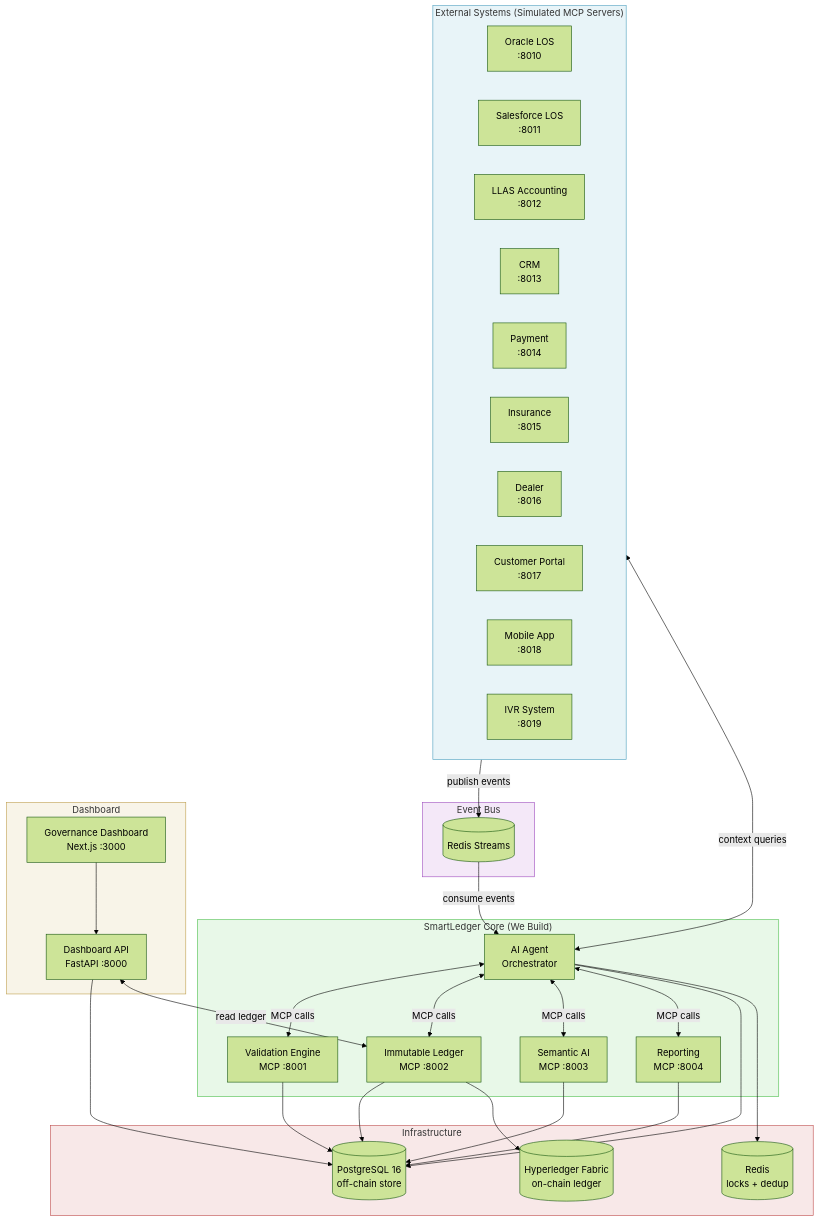
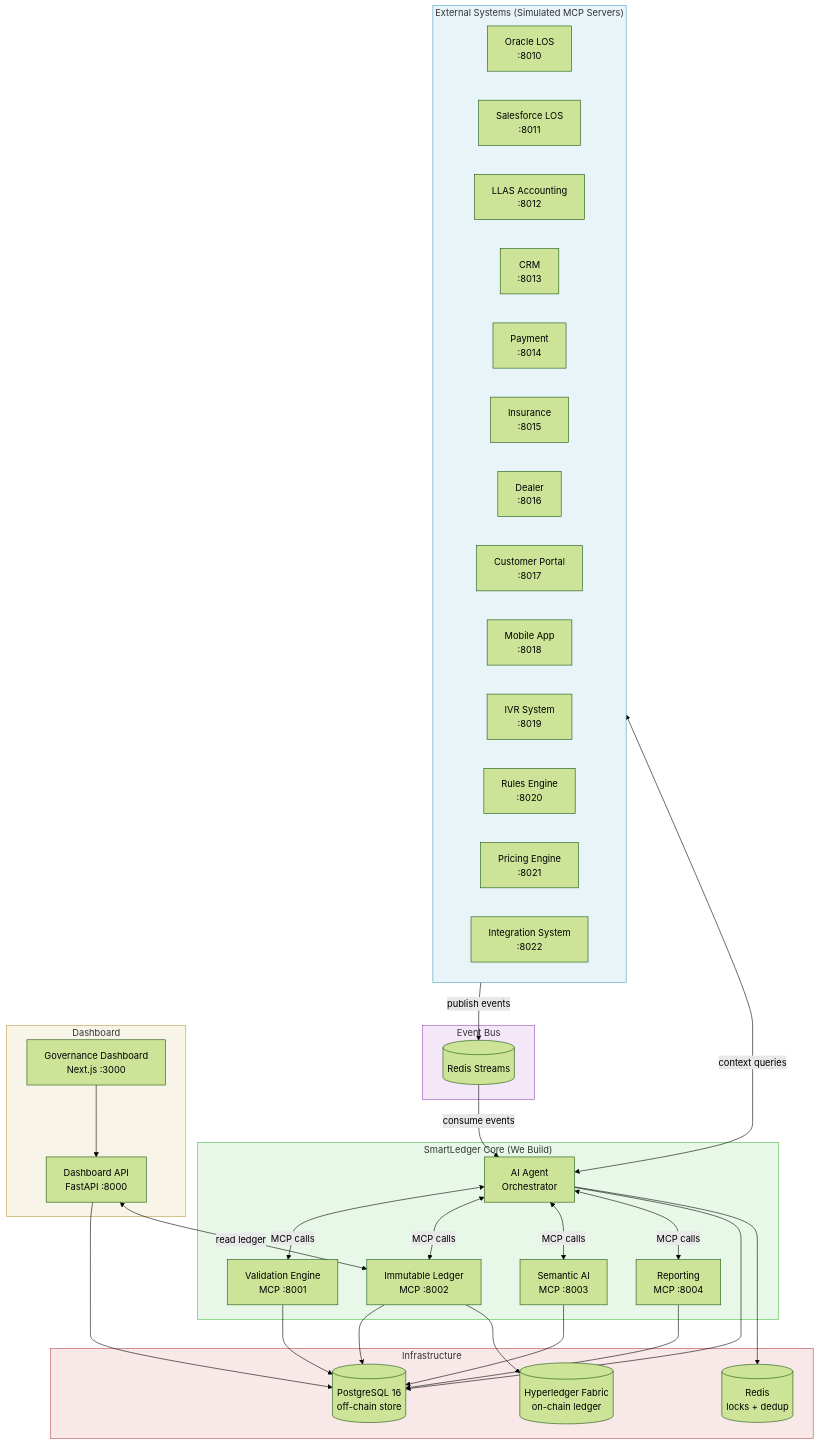
One commit to rame10566/smartledger changed the first of 10 diagrams in docs/ARCHITECTURE.md. Above: the diagram before and after it, drawn with Mermaid (forest theme). The commit also changed other lines of this file and 3 other files, not shown here.

````diff
--- a/docs/ARCHITECTURE.md
+++ b/docs/ARCHITECTURE.md
@@ -7,64 +7,67 @@
 ```mermaid
 graph TB
     subgraph EXTERNAL["External Systems (Simulated MCP Servers)"]
         OL[Oracle LOS<br/>:8010]
         SF[Salesforce LOS<br/>:8011]
         LL[LLAS Accounting<br/>:8012]
         CR[CRM<br/>:8013]
         PM[Payment<br/>:8014]
         IN[Insurance<br/>:8015]
         DE[Dealer<br/>:8016]
         CP[Customer Portal<br/>:8017]
         MA[Mobile App<br/>:8018]
         IV[IVR System<br/>:8019]
+        RU[Rules Engine<br/>:8020]
+        PR[Pricing Engine<br/>:8021]
+        IS[Integration System<br/>:8022]
     end
 
     subgraph BUS["Event Bus"]
         RS[(Redis Streams)]
     end
 
     subgraph CORE["SmartLedger Core (We Build)"]
         AG[AI Agent<br/>Orchestrator]
         VA[Validation Engine<br/>MCP :8001]
         LE[Immutable Ledger<br/>MCP :8002]
         SA[Semantic AI<br/>MCP :8003]
         RE[Reporting<br/>MCP :8004]
     end
 
     subgraph FRONTEND["Dashboard"]
         DA[Dashboard API<br/>FastAPI :8000]
         UI[Governance Dashboard<br/>Next.js :3000]
     end
 
     subgraph INFRA["Infrastructure"]
         PG[(PostgreSQL 16<br/>off-chain store)]
         RD[(Redis<br/>locks + dedup)]
         FA[(Hyperledger Fabric<br/>on-chain ledger)]
     end
 
     EXTERNAL -->|publish events| RS
     RS -->|consume events| AG
     AG <-->|MCP calls| VA
     AG <-->|MCP calls| LE
     AG <-->|MCP calls| SA
     AG <-->|MCP calls| RE
     AG <-->|context queries| EXTERNAL
 
     VA --> PG
     LE --> PG
     LE --> FA
     AG --> PG
     AG --> RD
     RE --> PG
     SA --> PG
 
     DA --> PG
     DA <-->|read ledger| LE
     UI --> DA
 
     style EXTERNAL fill:#e8f4f8,stroke:#4a9ebe
     style CORE fill:#e8f8e8,stroke:#4abe4a
     style FRONTEND fill:#f8f4e8,stroke:#be9e4a
     style INFRA fill:#f8e8e8,stroke:#be4a4a
     style BUS fill:#f4e8f8,stroke:#9e4abe
 ```
````
